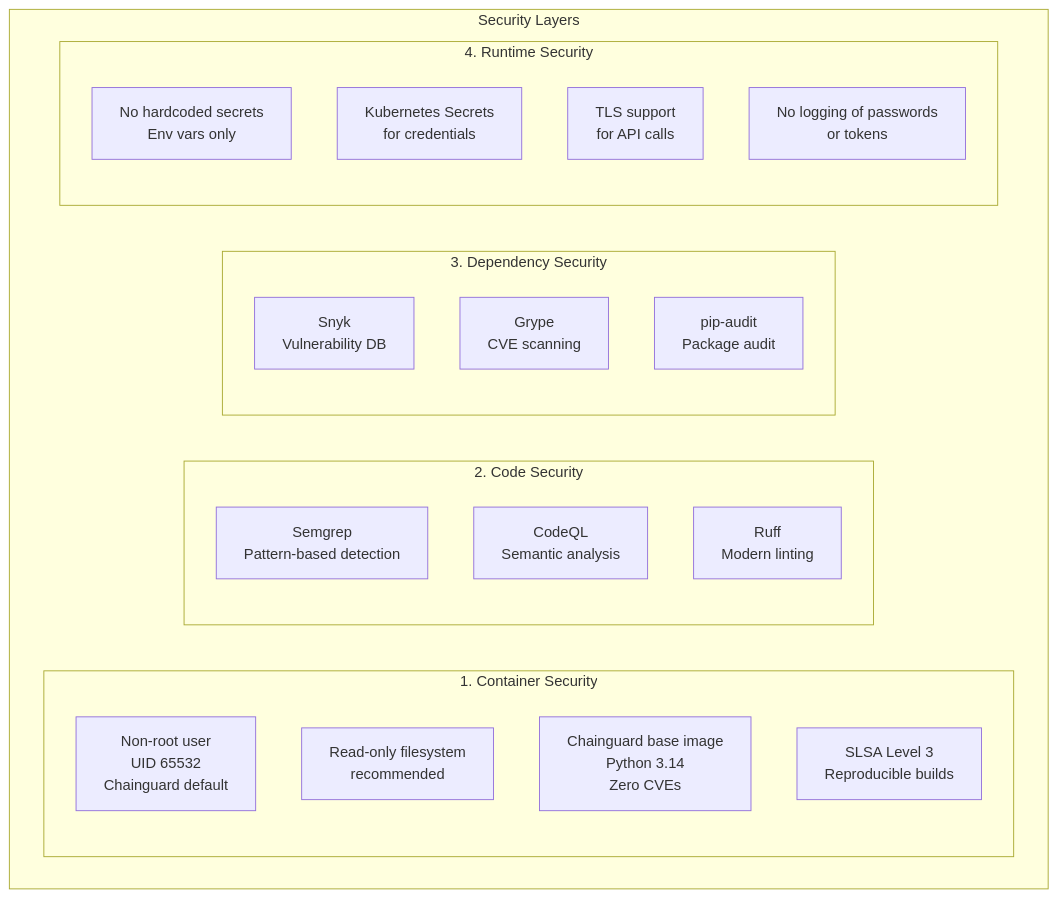
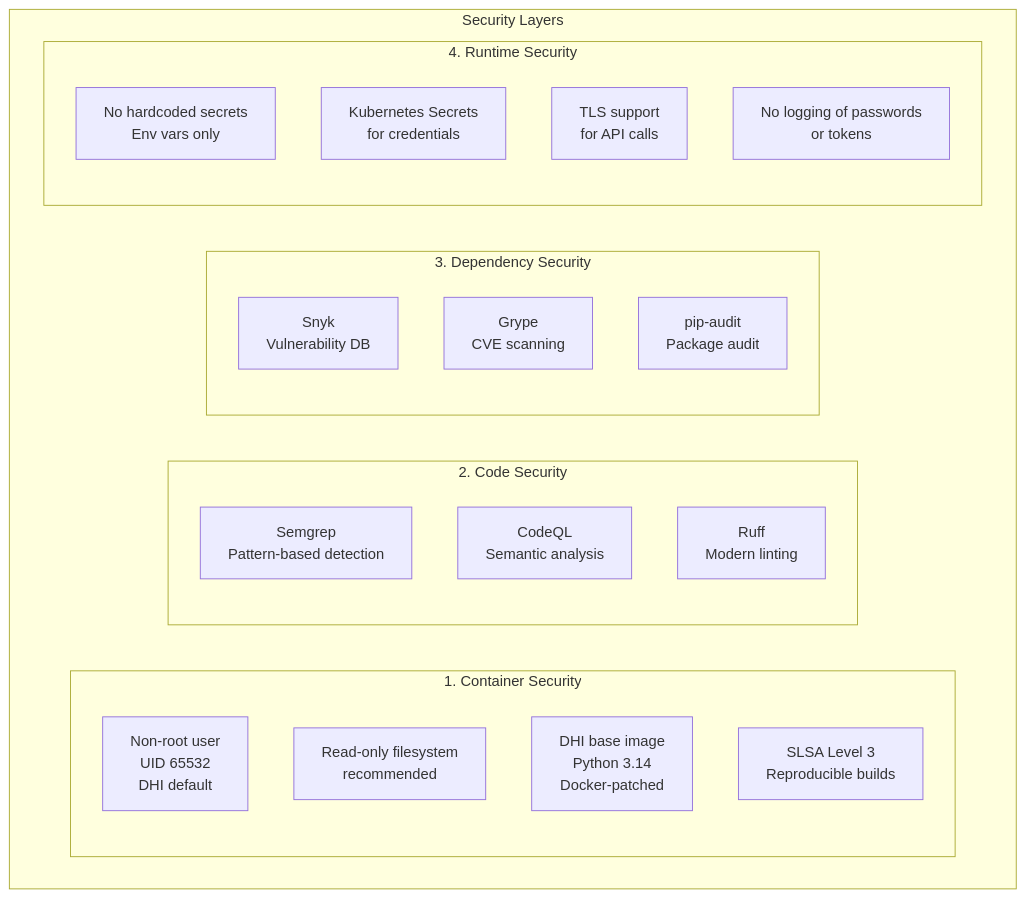
Before and after one commit to djr747/external-dns-technitium-webhook: the tenth of 10 diagrams in docs/architecture/ARCHITECTURE.md, drawn with Mermaid. The commit also changed other lines of this file and 21 other files, not shown here.

First line of the commit message:
chore(ci): migrate base image to Docker Hardened Images and refresh toolchain

````diff
--- a/docs/architecture/ARCHITECTURE.md
+++ b/docs/architecture/ARCHITECTURE.md
@@ -376,31 +376,31 @@
 ```mermaid
 graph TB
     subgraph SecurityLayers["Security Layers"]
         subgraph Container["1. Container Security"]
-            NonRoot["Non-root user<br/>UID 65532<br/>Chainguard default"]
+            NonRoot["Non-root user<br/>UID 65532<br/>DHI default"]
             ReadOnly["Read-only filesystem<br/>recommended"]
-            Minimal["Chainguard base image<br/>Python 3.14<br/>Zero CVEs"]
+            Minimal["DHI base image<br/>Python 3.14<br/>Docker-patched"]
             SLSA["SLSA Level 3<br/>Reproducible builds"]
         end
         
         subgraph CodeSec["2. Code Security"]
             Semgrep["Semgrep<br/>Pattern-based detection"]
             CodeQL["CodeQL<br/>Semantic analysis"]
             Ruff["Ruff<br/>Modern linting"]
         end
         
         subgraph DepSec["3. Dependency Security"]
             Snyk["Snyk<br/>Container scanning"]
             Grype["Grype<br/>CVE scanning"]
             PipAudit["pip-audit<br/>Package audit"]
             Snyk["Snyk<br/>Vulnerability DB"]
         end
         
         subgraph Runtime["4. Runtime Security"]
             Secrets["No hardcoded secrets<br/>Env vars only"]
             K8sSecrets["Kubernetes Secrets<br/>for credentials"]
             TLS["TLS support<br/>for API calls"]
             NoLog["No logging of passwords<br/>or tokens"]
         end
     end
 ```
````
